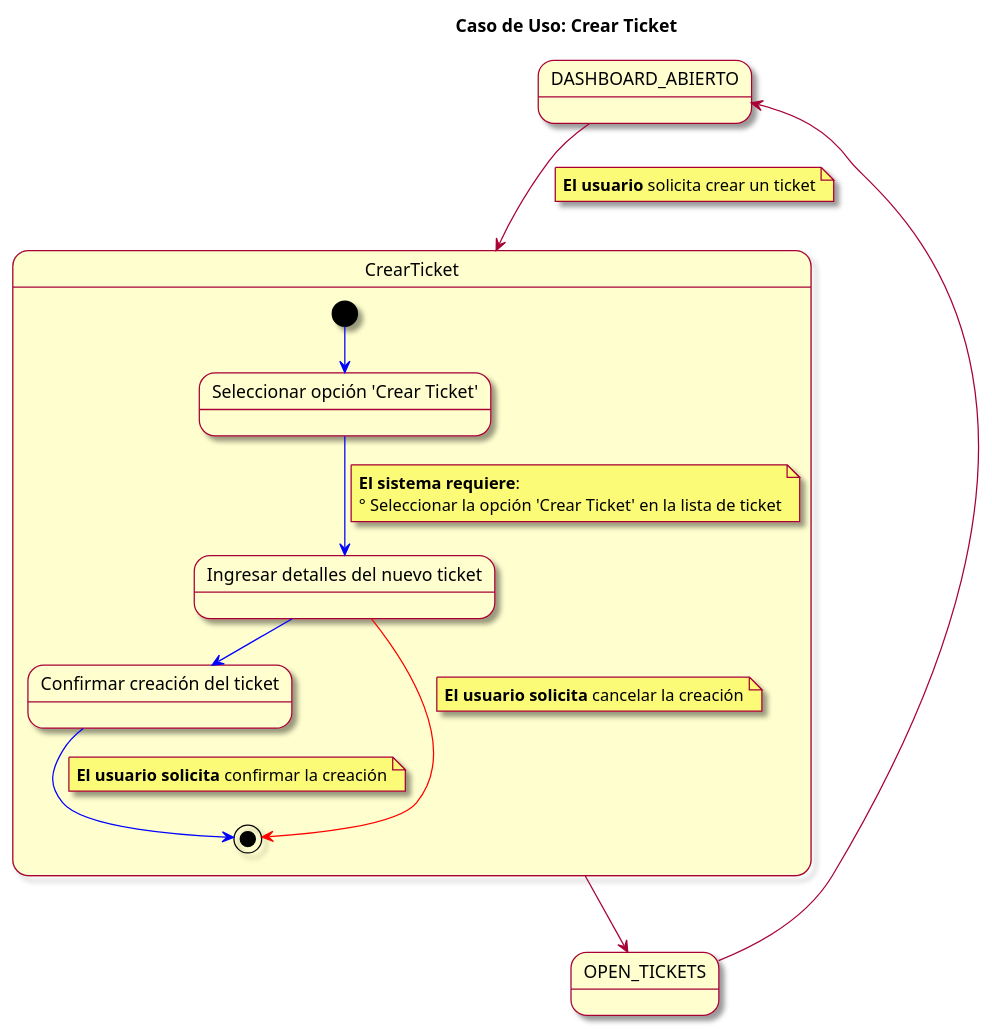
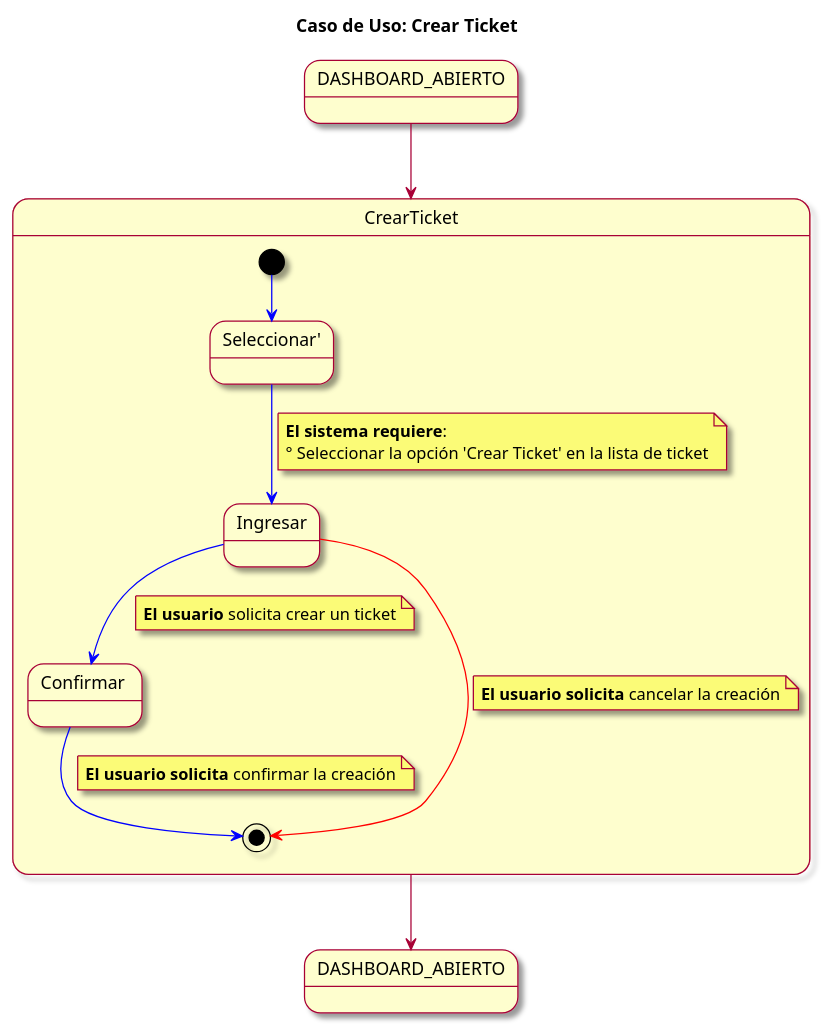
Before and after one commit to mmasias/23-24-IdSw1-SDR: the diagram in modelosUML/CasosDeUsos/CasosDetallados/CrearTicket.puml, drawn with PlantUML. The commit also changed 11 other files, not shown here.

```diff
--- a/modelosUML/CasosDeUsos/CasosDetallados/CrearTicket.puml
+++ b/modelosUML/CasosDeUsos/CasosDetallados/CrearTicket.puml
@@ -1,31 +1,30 @@
 @startuml
 skin rose
 title Caso de Uso: Crear Ticket
 
-state DASHBOARD_ABIERTO
-state OPEN_TICKETS 
+state "DASHBOARD_ABIERTO" as DASHBOARD_ABIERTO2
+
 DASHBOARD_ABIERTO --> CrearTicket
-note on link: **El usuario** solicita crear un ticket
-CrearTicket --> OPEN_TICKETS 
-OPEN_TICKETS --> DASHBOARD_ABIERTO 
+CrearTicket --> DASHBOARD_ABIERTO2
 
 
 state CrearTicket {
   [*] -[#blue]-> seleccionarOpcionCrear
-  state "Seleccionar opción 'Crear Ticket'" as seleccionarOpcionCrear
+  state "Seleccionar'" as seleccionarOpcionCrear
   seleccionarOpcionCrear -[#blue]-> ingresarDetallesTicket
 note on link
   **El sistema requiere**:
   ° Seleccionar la opción 'Crear Ticket' en la lista de ticket
 end note
-  state "Ingresar detalles del nuevo ticket" as ingresarDetallesTicket
+  state "Ingresar" as ingresarDetallesTicket
   ingresarDetallesTicket -[#blue]-> confirmarCreacionTicket
+  note on link: **El usuario** solicita crear un ticket
 
-  state "Confirmar creación del ticket" as confirmarCreacionTicket
+  state "Confirmar " as confirmarCreacionTicket
   confirmarCreacionTicket -[#blue]-> [*]
   note on link: **El usuario solicita** confirmar la creación
   
   ingresarDetallesTicket -[#red]-> [*]
   note on link: **El usuario solicita** cancelar la creación
 }
 @enduml
```
